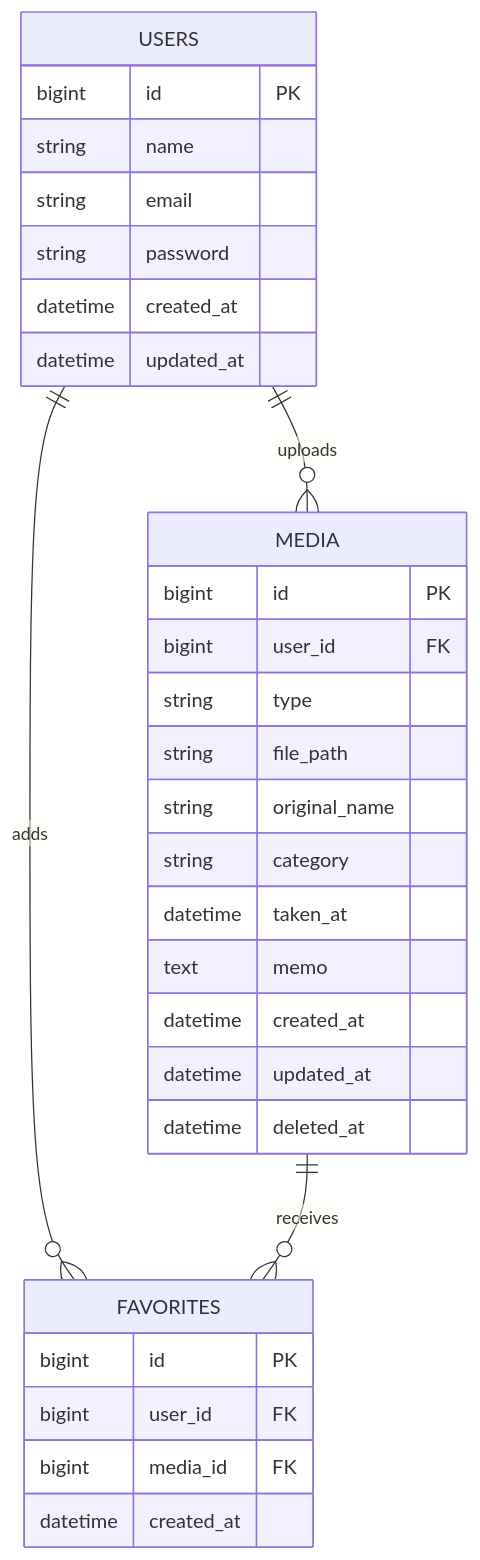
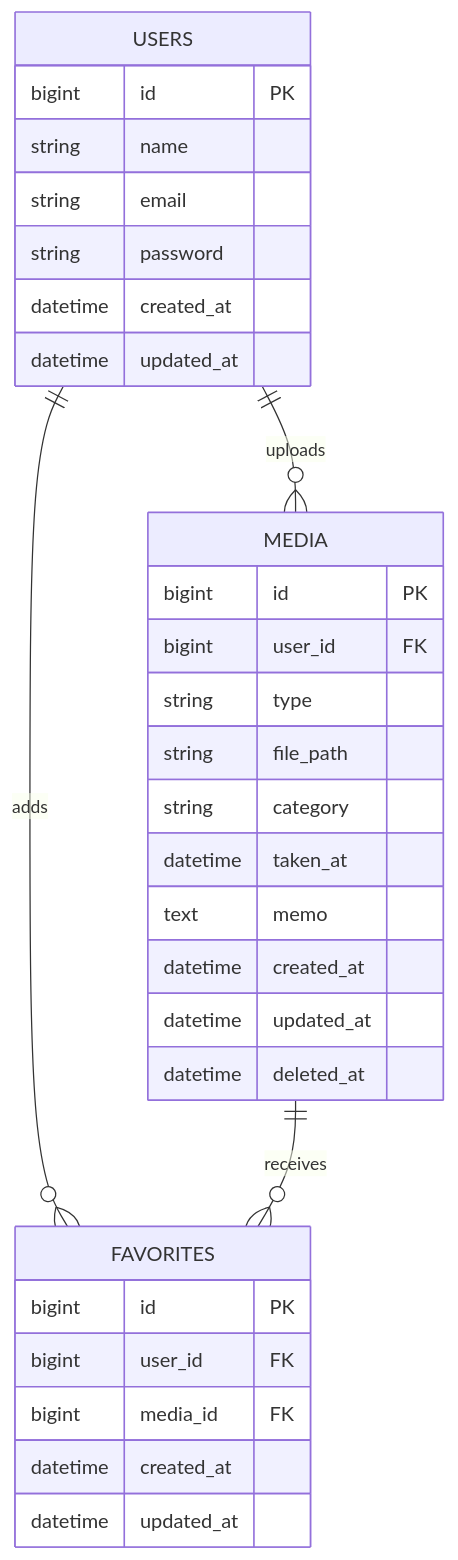
Before and after one commit to nasu-masa/Animal-Album-App: the second of 2 diagrams in README.md, drawn with Mermaid. The commit also changed 4 other files, not shown here.

````diff
--- a/README.md
+++ b/README.md
@@ -227,36 +227,36 @@
 ```mermaid
 erDiagram
     USERS ||--o{ MEDIA : uploads
     USERS ||--o{ FAVORITES : adds
     MEDIA ||--o{ FAVORITES : receives
 
     USERS {
         bigint id PK
         string name
         string email
         string password
         datetime created_at
         datetime updated_at
     }
 
     MEDIA {
         bigint id PK
         bigint user_id FK
         string type
         string file_path
-        string original_name
         string category
         datetime taken_at
         text memo
         datetime created_at
         datetime updated_at
         datetime deleted_at
     }
 
     FAVORITES {
         bigint id PK
         bigint user_id FK
         bigint media_id FK
         datetime created_at
+        datetime updated_at
     }
 ```
````
